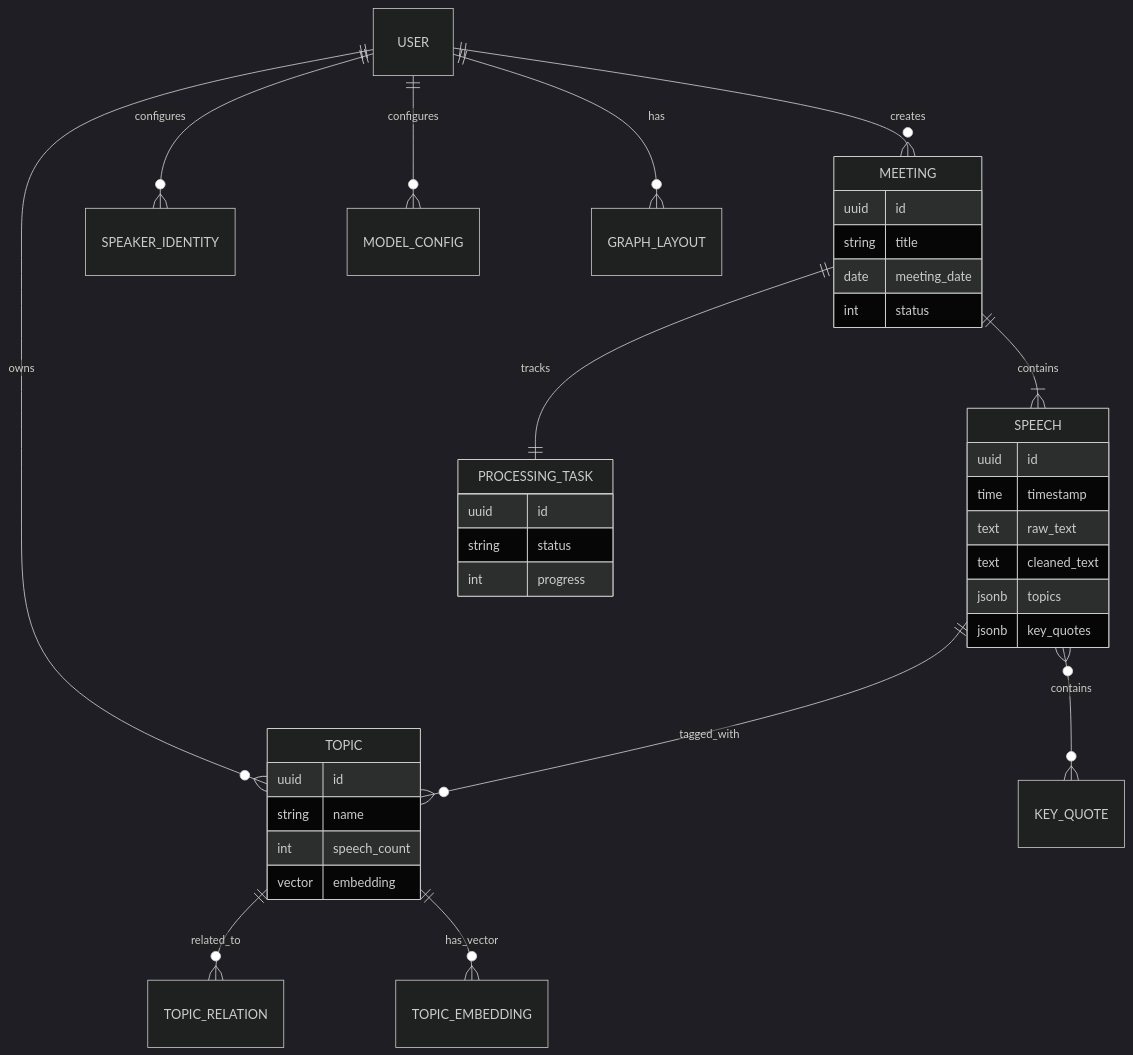
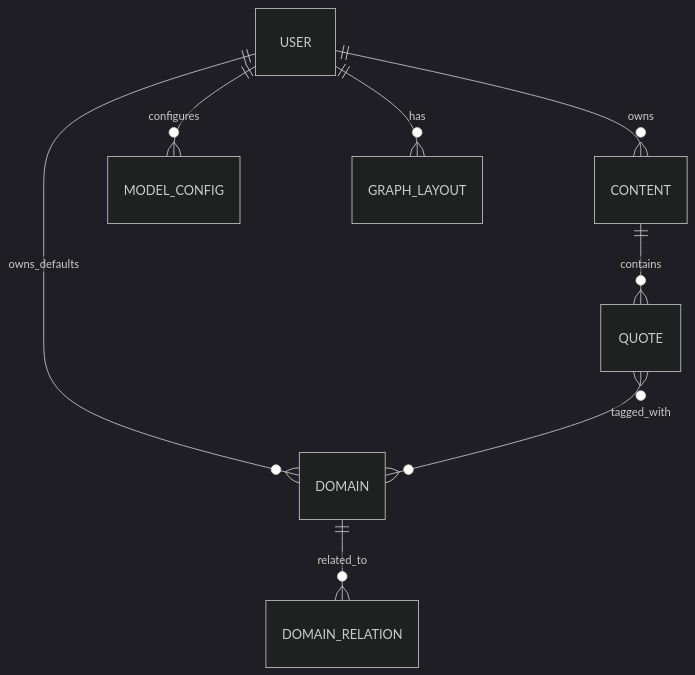
One commit to shenzhenliubin/SpeakSum changed the first of 2 diagrams in docs/TECH_DESIGN.md. Above: the diagram before and after it, drawn with Mermaid (dark theme). The commit also changed other lines of this file and 113 other files, not shown here.

Commit message:
feat: rebuild content workflow around summaries and quotes

````diff
--- a/docs/TECH_DESIGN.md
+++ b/docs/TECH_DESIGN.md
@@ -25,46 +36,11 @@
 ```mermaid
 erDiagram
-    USER ||--o{ MEETING : creates
-    USER ||--o{ SPEAKER_IDENTITY : configures
+    USER ||--o{ CONTENT : owns
     USER ||--o{ MODEL_CONFIG : configures
-    USER ||--o{ TOPIC : owns
+    USER ||--o{ DOMAIN : owns_defaults
     USER ||--o{ GRAPH_LAYOUT : has
-    
-    MEETING ||--|{ SPEECH : contains
-    MEETING ||--|| PROCESSING_TASK : tracks
-    
-    SPEECH ||--o{ TOPIC : tagged_with
-    SPEECH }o--o{ KEY_QUOTE : contains
-    
-    TOPIC ||--o{ TOPIC_RELATION : related_to
-    TOPIC ||--o{ TOPIC_EMBEDDING : has_vector
-    
-    PROCESSING_TASK {
-        uuid id
-        string status
-        int progress
-    }
-    
-    MEETING {
-        uuid id
-        string title
-        date meeting_date
-        int status
-    }
-    
-    SPEECH {
-        uuid id
-        time timestamp
-        text raw_text
-        text cleaned_text
-        jsonb topics
-        jsonb key_quotes
-    }
-    
-    TOPIC {
-        uuid id
-        string name
-        int speech_count
-        vector embedding
-    }
+
+    CONTENT ||--o{ QUOTE : contains
+    QUOTE }o--o{ DOMAIN : tagged_with
+    DOMAIN ||--o{ DOMAIN_RELATION : related_to
 ```
````
